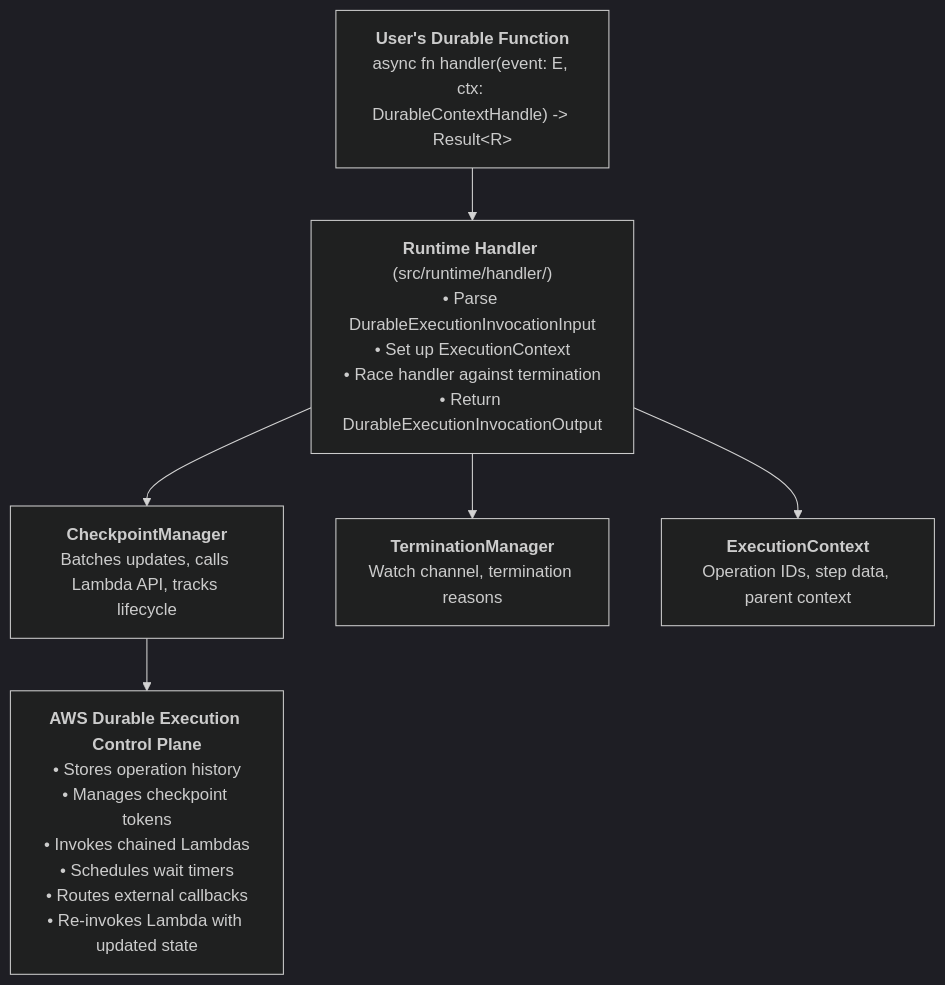
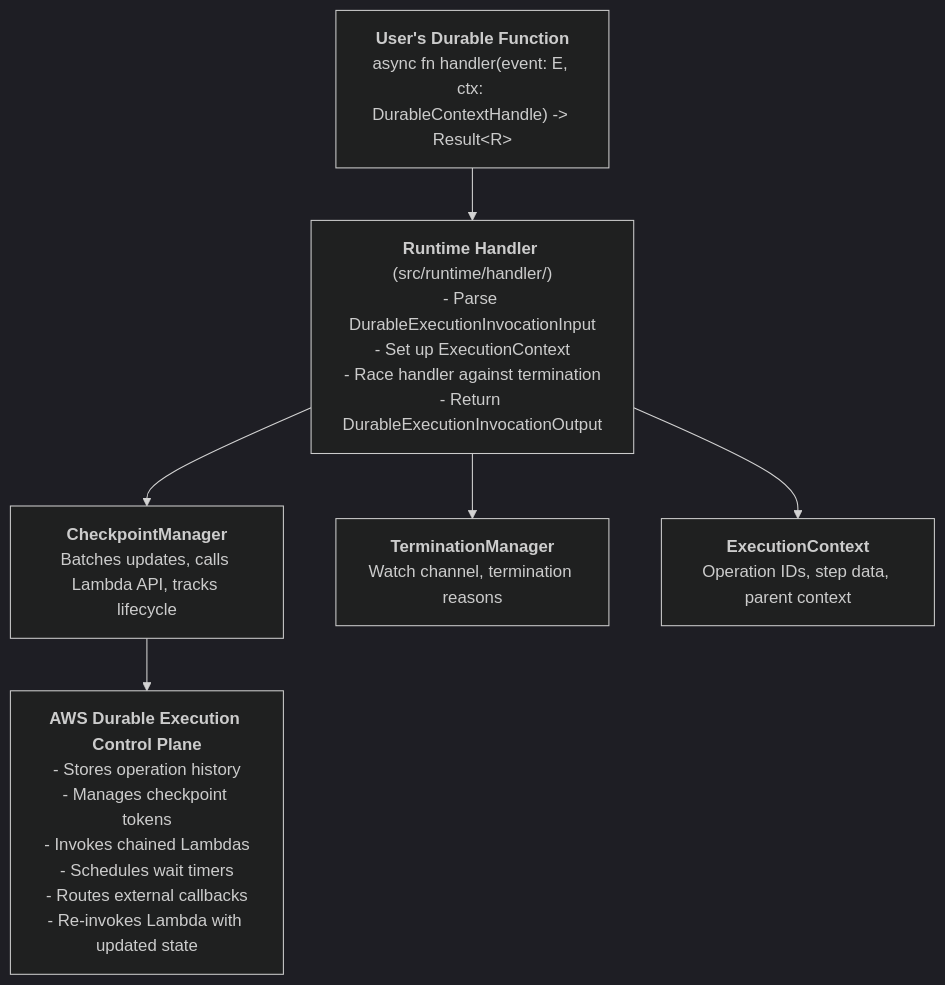
The first of 18 diagrams in ARCHITECTURE.md (guyernest/lambda-durable-execution-rust), drawn with Mermaid (dark theme) before and after one commit. The commit also changed other lines of this file and 1 other file, not shown here.

First line of the commit message:
docs: align README and ARCHITECTURE with style guide

````diff
--- a/ARCHITECTURE.md
+++ b/ARCHITECTURE.md
@@ -28,18 +31,18 @@
 ```mermaid
 flowchart TB
     Handler["<b>User's Durable Function</b><br/>async fn handler(event: E, ctx: DurableContextHandle) -> Result&lt;R&gt;"]
 
-    Runtime["<b>Runtime Handler</b> (src/runtime/handler/)<br/>• Parse DurableExecutionInvocationInput<br/>• Set up ExecutionContext<br/>• Race handler against termination<br/>• Return DurableExecutionInvocationOutput"]
+    Runtime["<b>Runtime Handler</b> (src/runtime/handler/)<br/>- Parse DurableExecutionInvocationInput<br/>- Set up ExecutionContext<br/>- Race handler against termination<br/>- Return DurableExecutionInvocationOutput"]
 
     CM["<b>CheckpointManager</b><br/>Batches updates, calls Lambda API, tracks lifecycle"]
     TM["<b>TerminationManager</b><br/>Watch channel, termination reasons"]
     EC["<b>ExecutionContext</b><br/>Operation IDs, step data, parent context"]
 
-    ControlPlane["<b>AWS Durable Execution Control Plane</b><br/>• Stores operation history<br/>• Manages checkpoint tokens<br/>• Invokes chained Lambdas<br/>• Schedules wait timers<br/>• Routes external callbacks<br/>• Re-invokes Lambda with updated state"]
+    ControlPlane["<b>AWS Durable Execution Control Plane</b><br/>- Stores operation history<br/>- Manages checkpoint tokens<br/>- Invokes chained Lambdas<br/>- Schedules wait timers<br/>- Routes external callbacks<br/>- Re-invokes Lambda with updated state"]
 
     Handler --> Runtime
     Runtime --> CM
     Runtime --> TM
     Runtime --> EC
     CM --> ControlPlane
 ```
````
